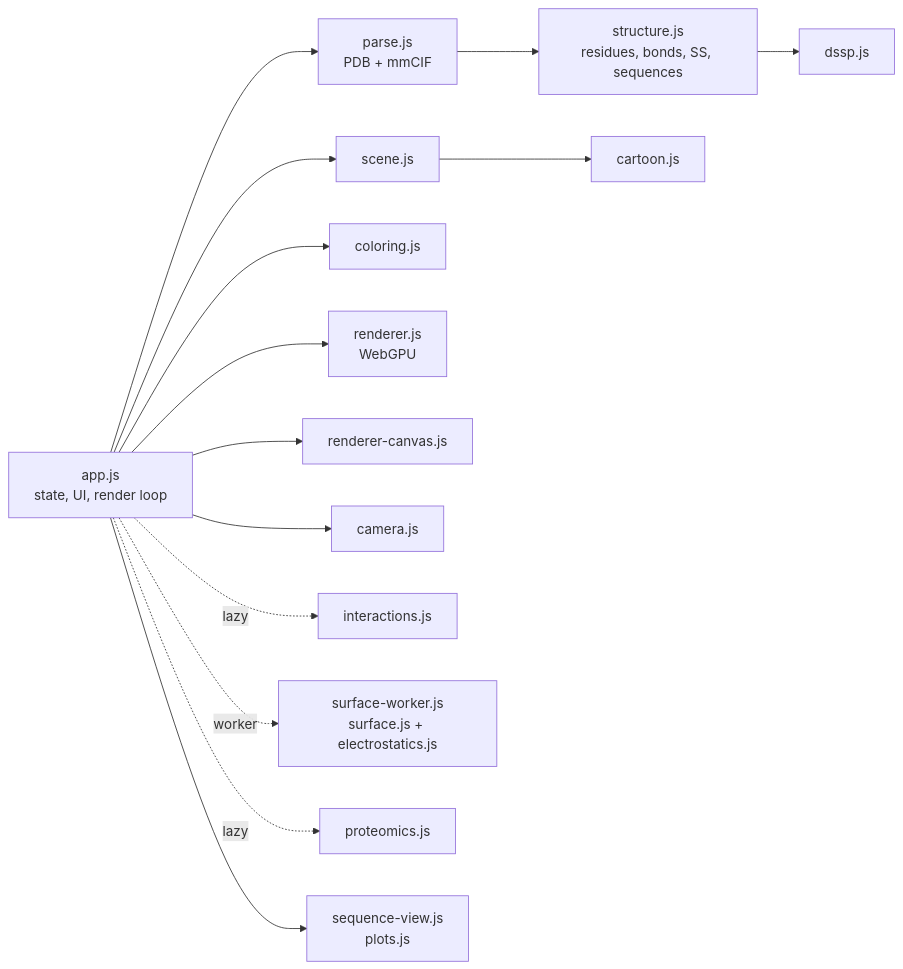
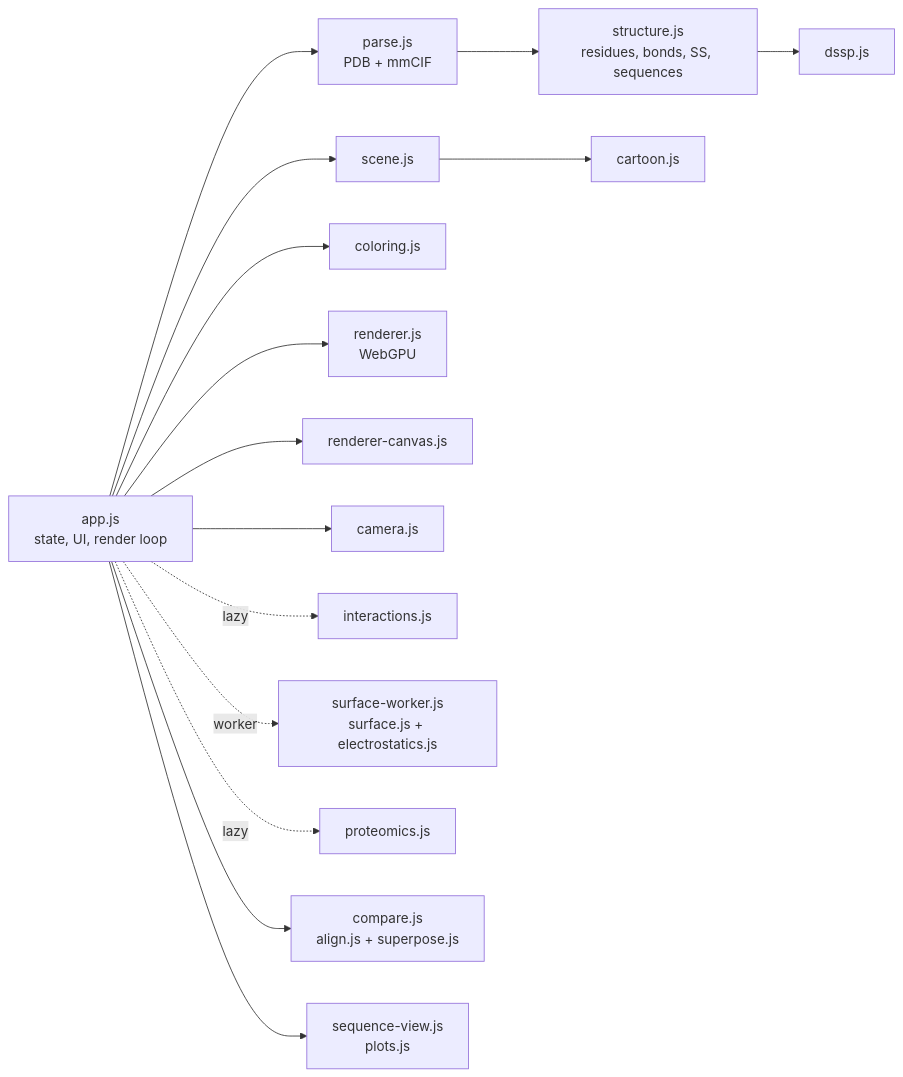
The second of 3 diagrams in proteoscope-spec/design.md (robert-mcdermott/proteoscope), drawn with Mermaid before and after one commit. The commit also changed other lines of this file and 20 other files, not shown here.

````diff
--- a/proteoscope-spec/design.md
+++ b/proteoscope-spec/design.md
@@ -62,28 +62,30 @@
 ```mermaid
 graph LR
     App[app.js<br/>state, UI, render loop]
     Parse[parse.js<br/>PDB + mmCIF]
     Structure[structure.js<br/>residues, bonds, SS, sequences]
     DSSP[dssp.js]
     Cartoon[cartoon.js]
     Scene[scene.js]
     Color[coloring.js]
     Renderer[renderer.js<br/>WebGPU]
     Canvas[renderer-canvas.js]
     Camera[camera.js]
     Interactions[interactions.js]
     Surface[surface-worker.js<br/>surface.js + electrostatics.js]
     Proteomics[proteomics.js]
+    Compare[compare.js<br/>align.js + superpose.js]
     Views[sequence-view.js<br/>plots.js]
 
     App --> Parse --> Structure --> DSSP
     App --> Scene --> Cartoon
     App --> Color
     App --> Renderer
     App --> Canvas
     App --> Camera
     App -. lazy .-> Interactions
     App -. worker .-> Surface
     App -. lazy .-> Proteomics
+    App --> Compare
     App --> Views
 ```
````
